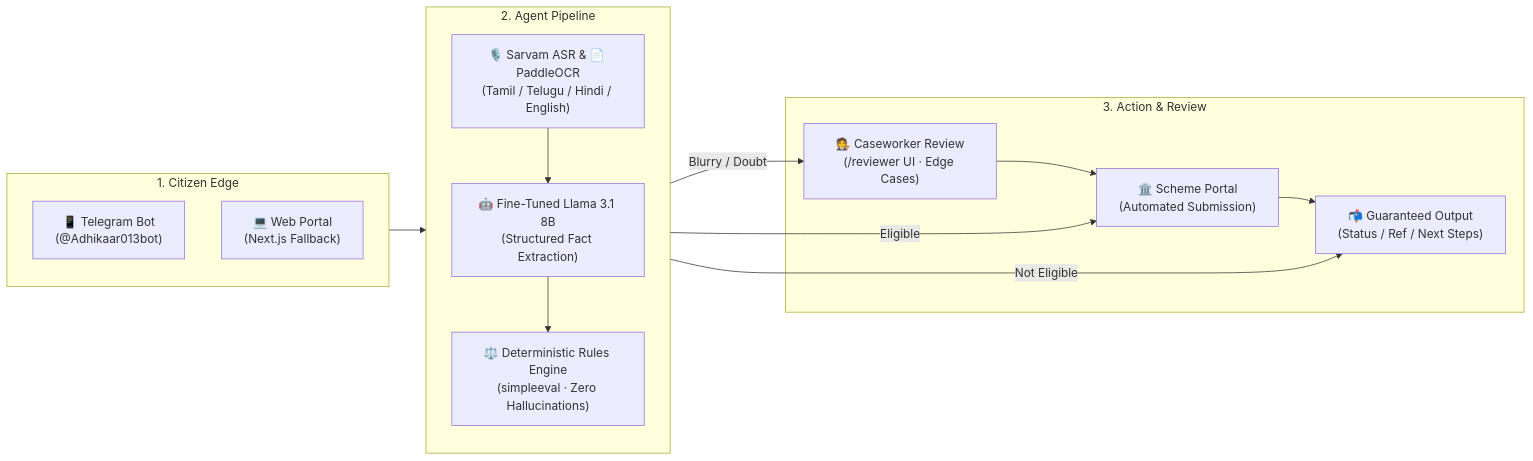
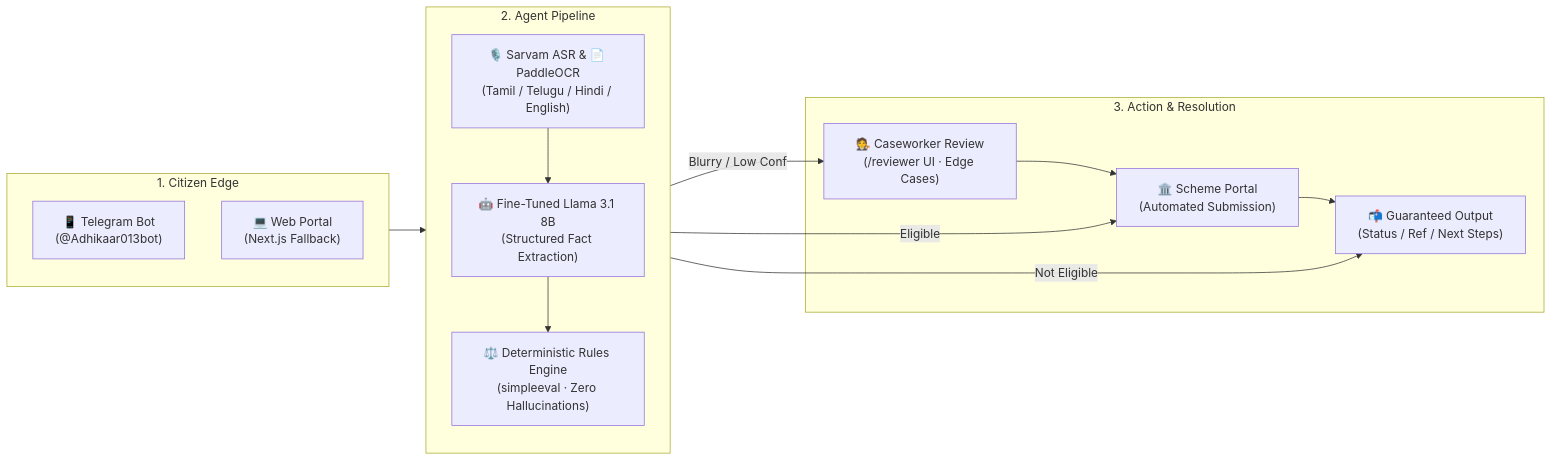
One commit to kolatidheeraj013/ADHIKAAR_AI changed the diagram in README.md. Above: the diagram before and after it, drawn with Mermaid. The commit also changed other lines of this file, not shown here.

Commit message:
docs: polish README with centered hero banner and interactive See It In Action section

````diff
--- a/README.md
+++ b/README.md
@@ -36,26 +109,26 @@
 ```mermaid
 flowchart LR
     subgraph Step1["1. Citizen Edge"]
         A["📱 Telegram Bot<br/>(@Adhikaar013bot)"]
         B["💻 Web Portal<br/>(Next.js Fallback)"]
     end
 
     subgraph Step2["2. Agent Pipeline"]
         direction TB
         C["🎙️ Sarvam ASR & 📄 PaddleOCR<br/>(Tamil / Telugu / Hindi / English)"]
         D["🤖 Fine-Tuned Llama 3.1 8B<br/>(Structured Fact Extraction)"]
         E["⚖️ Deterministic Rules Engine<br/>(simpleeval · Zero Hallucinations)"]
         C --> D --> E
     end
 
-    subgraph Step3["3. Action & Review"]
+    subgraph Step3["3. Action & Resolution"]
         F["🏛️ Scheme Portal<br/>(Automated Submission)"]
         G["🧑‍⚖️ Caseworker Review<br/>(/reviewer UI · Edge Cases)"]
         H["📬 Guaranteed Output<br/>(Status / Ref / Next Steps)"]
     end
 
     Step1 --> Step2
     E -- "Eligible" --> F --> H
-    E -- "Blurry / Doubt" --> G --> F
+    E -- "Blurry / Low Conf" --> G --> F
     E -- "Not Eligible" --> H
 ```
````
